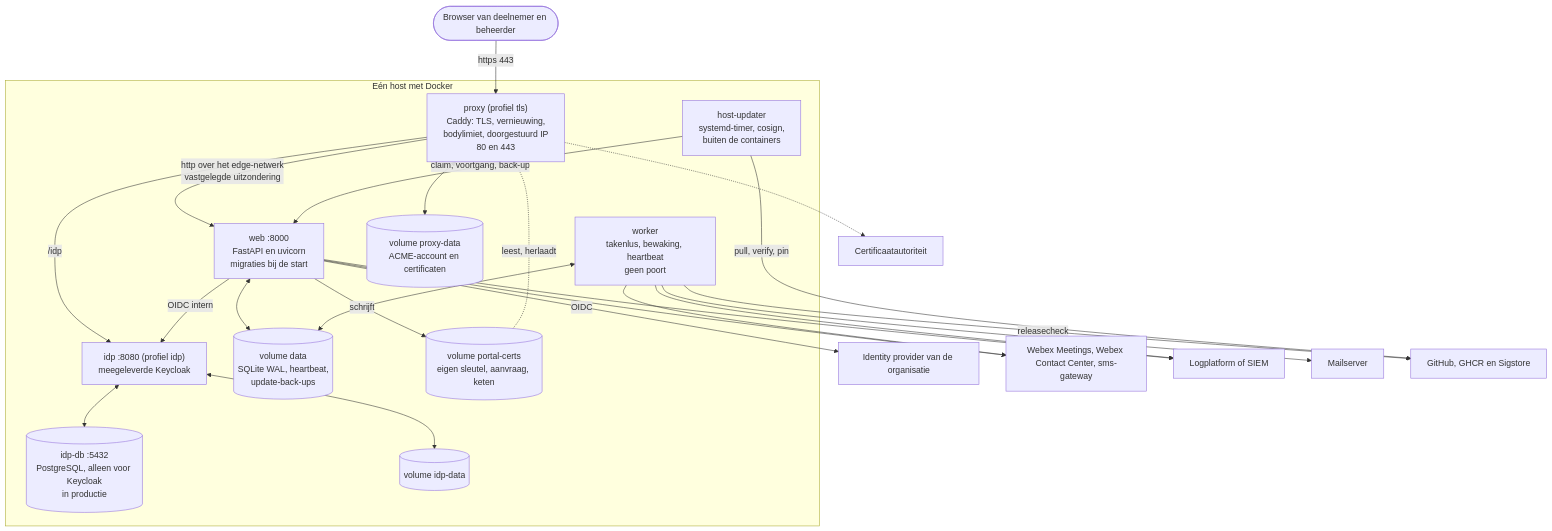
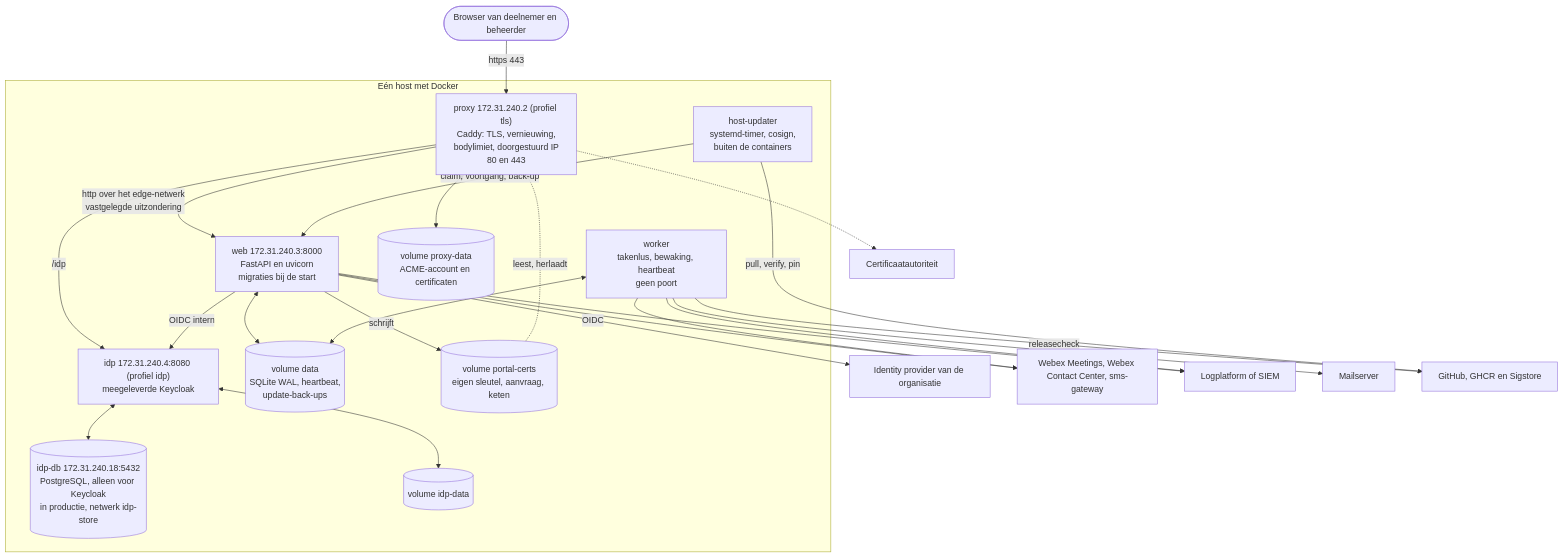
The sixth of 9 diagrams in docs/applicatie-architectuur.md (3Corners-Labs/OpenPlanner), drawn with Mermaid before and after one commit. The commit also changed other lines of this file, not shown here.

First line of the commit message:
docs(architecture): concept 2b, every hop on the host at a fixed address (ADR 0125 step 2)

````diff
--- a/docs/applicatie-architectuur.md
+++ b/docs/applicatie-architectuur.md
@@ -929,44 +928,44 @@
 ```mermaid
 flowchart TB
     browser([Browser van deelnemer en beheerder])
     acme[Certificaatautoriteit]
     idpext[Identity provider van de organisatie]
     cisco[Webex Meetings, Webex Contact Center, sms-gateway]
     logs[Logplatform of SIEM]
     mailsrv[Mailserver]
     gh[GitHub, GHCR en Sigstore]
 
     subgraph host [Eén host met Docker]
-        proxy["proxy (profiel tls)<br/>Caddy: TLS, vernieuwing,<br/>bodylimiet, doorgestuurd IP<br/>80 en 443"]
-        web["web :8000<br/>FastAPI en uvicorn<br/>migraties bij de start"]
+        proxy["proxy 172.31.240.2 (profiel tls)<br/>Caddy: TLS, vernieuwing,<br/>bodylimiet, doorgestuurd IP<br/>80 en 443"]
+        web["web 172.31.240.3:8000<br/>FastAPI en uvicorn<br/>migraties bij de start"]
         worker["worker<br/>takenlus, bewaking, heartbeat<br/>geen poort"]
-        idp["idp :8080 (profiel idp)<br/>meegeleverde Keycloak"]
-        idpdb[("idp-db :5432<br/>PostgreSQL, alleen voor Keycloak<br/>in productie")]
+        idp["idp 172.31.240.4:8080 (profiel idp)<br/>meegeleverde Keycloak"]
+        idpdb[("idp-db 172.31.240.18:5432<br/>PostgreSQL, alleen voor Keycloak<br/>in productie, netwerk idp-store")]
         data[("volume data<br/>SQLite WAL, heartbeat,<br/>update-back-ups")]
         certs[("volume portal-certs<br/>eigen sleutel, aanvraag, keten")]
         proxydata[("volume proxy-data<br/>ACME-account en certificaten")]
         idpdata[("volume idp-data")]
         updater["host-updater<br/>systemd-timer, cosign,<br/>buiten de containers"]
     end
 
     browser -- "https 443" --> proxy
     proxy -- "http over het edge-netwerk<br/>vastgelegde uitzondering" --> web
     proxy -- "/idp" --> idp
     proxy -.-> acme
     proxy <--> proxydata
     web <--> data
     worker <--> data
     web -- "schrijft" --> certs -. "leest, herlaadt" .-> proxy
     web -- "OIDC intern" --> idp
     web -- "OIDC" --> idpext
     idp <--> idpdata
     idp <--> idpdb
     web --> cisco
     worker --> cisco
     worker --> mailsrv
     web --> logs
     worker --> logs
     worker -- "releasecheck" --> gh
     updater -- "pull, verify, pin" --> gh
     updater -- "claim, voortgang, back-up" --> web
 ```
````
